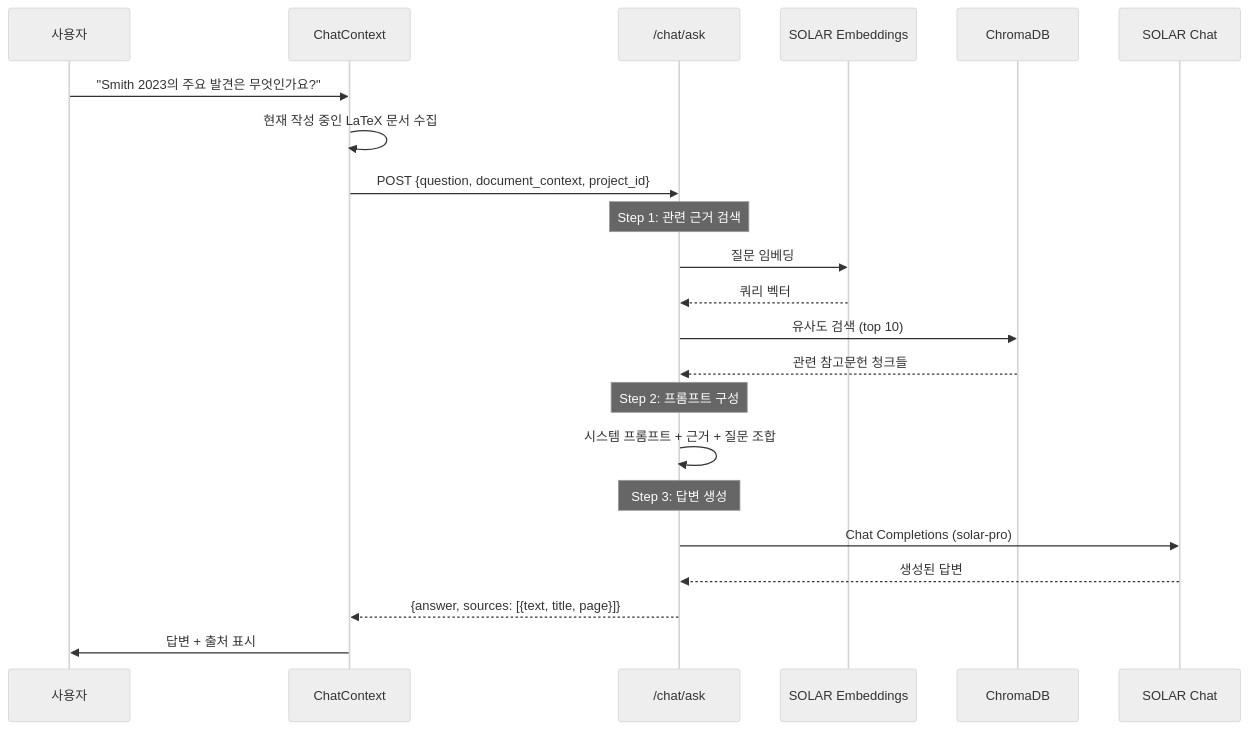
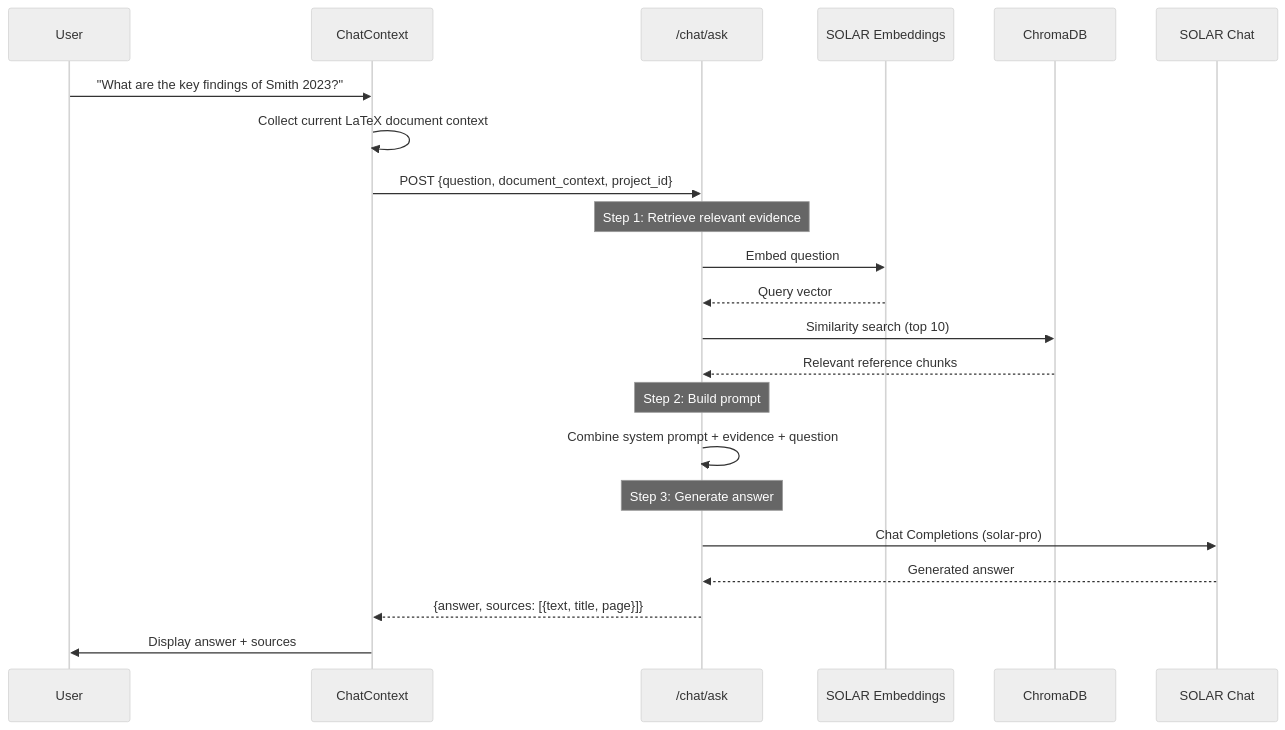
The third of 4 diagrams in README.md (GoBeromsu/My-Awesome-RA), drawn with Mermaid (neutral theme) before and after one commit. The commit also changed other lines of this file, not shown here.

````diff
--- a/README.md
+++ b/README.md
@@ -130,30 +129,30 @@
 ```mermaid
 sequenceDiagram
-    participant 사용자
+    participant User
     participant Chat as ChatContext
     participant API as /chat/ask
     participant Embed as SOLAR Embeddings
     participant DB as ChromaDB
     participant LLM as SOLAR Chat
 
-    사용자->>Chat: "Smith 2023의 주요 발견은 무엇인가요?"
-    Chat->>Chat: 현재 작성 중인 LaTeX 문서 수집
+    User->>Chat: "What are the key findings of Smith 2023?"
+    Chat->>Chat: Collect current LaTeX document context
 
     Chat->>API: POST {question, document_context, project_id}
 
-    Note over API: Step 1: 관련 근거 검색
-    API->>Embed: 질문 임베딩
-    Embed-->>API: 쿼리 벡터
-    API->>DB: 유사도 검색 (top 10)
-    DB-->>API: 관련 참고문헌 청크들
+    Note over API: Step 1: Retrieve relevant evidence
+    API->>Embed: Embed question
+    Embed-->>API: Query vector
+    API->>DB: Similarity search (top 10)
+    DB-->>API: Relevant reference chunks
 
-    Note over API: Step 2: 프롬프트 구성
-    API->>API: 시스템 프롬프트 + 근거 + 질문 조합
+    Note over API: Step 2: Build prompt
+    API->>API: Combine system prompt + evidence + question
 
-    Note over API: Step 3: 답변 생성
+    Note over API: Step 3: Generate answer
     API->>LLM: Chat Completions (solar-pro)
-    LLM-->>API: 생성된 답변
+    LLM-->>API: Generated answer
 
     API-->>Chat: {answer, sources: [{text, title, page}]}
-    Chat->>사용자: 답변 + 출처 표시
+    Chat->>User: Display answer + sources
 ```
````
